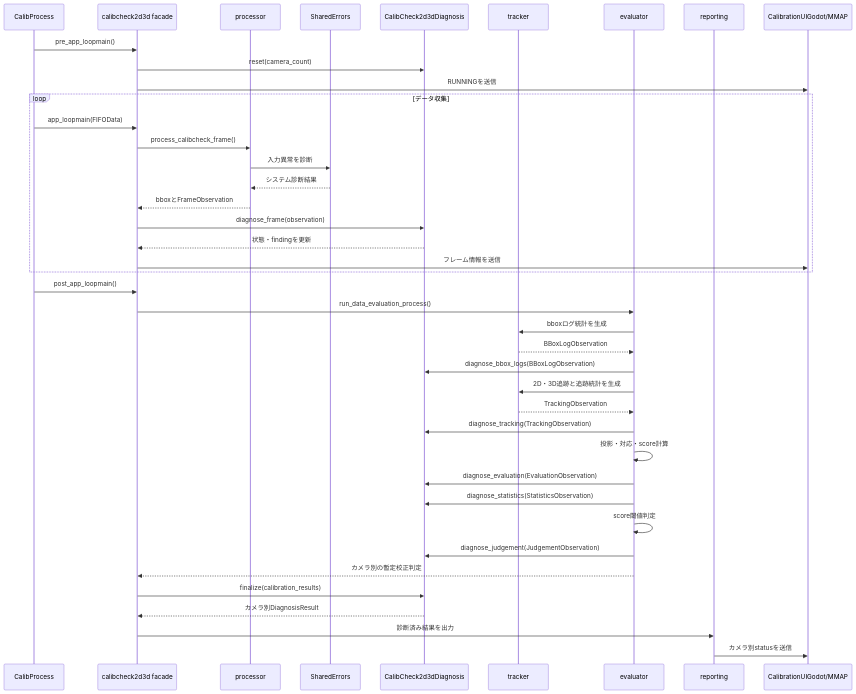
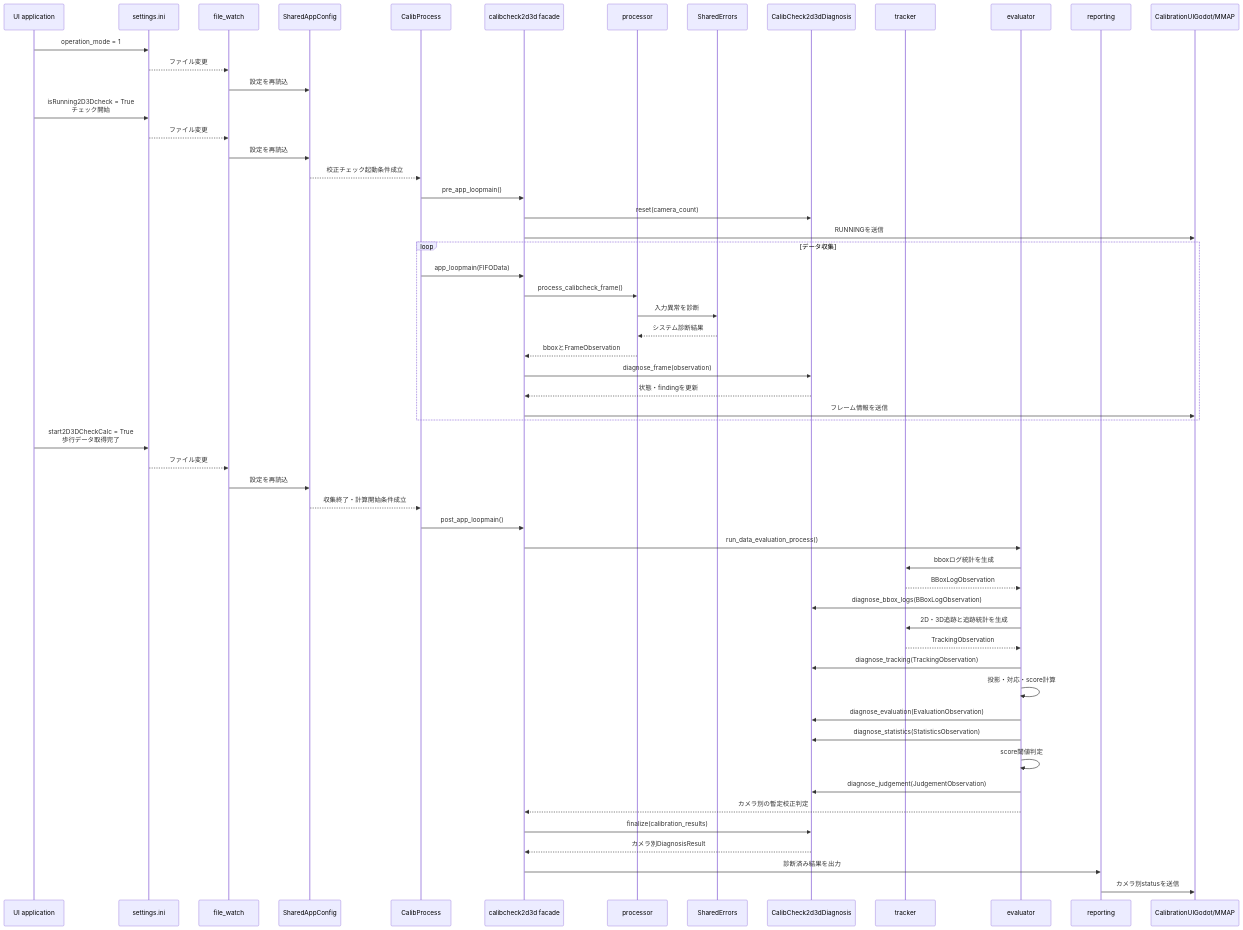
The tenth of 13 diagrams in docs/calibcheck2d3d_diagnosis_design.md (torchs52/local_calib), drawn with Mermaid before and after one commit. The commit also changed other lines of this file and 18 other files, not shown here.

````diff
--- a/docs/calibcheck2d3d_diagnosis_design.md
+++ b/docs/calibcheck2d3d_diagnosis_design.md
@@ -764,46 +782,61 @@
 ```mermaid
 sequenceDiagram
+    participant UIApp as UI application
+    participant INI as settings.ini
+    participant FW as file_watch
+    participant SAC as SharedAppConfig
     participant CP as CalibProcess
     participant CC as calibcheck2d3d facade
     participant P as processor
     participant SE as SharedErrors
     participant D as CalibCheck2d3dDiagnosis
     participant T as tracker
     participant E as evaluator
     participant R as reporting
     participant UI as CalibrationUIGodot/MMAP
 
+    UIApp->>INI: operation_mode = 1
+    INI-->>FW: ファイル変更
+    FW->>SAC: 設定を再読込
+    UIApp->>INI: isRunning2D3Dcheck = True<br/>チェック開始
+    INI-->>FW: ファイル変更
+    FW->>SAC: 設定を再読込
+    SAC-->>CP: 校正チェック起動条件成立
     CP->>CC: pre_app_loopmain()
     CC->>D: reset(camera_count)
     CC->>UI: RUNNINGを送信
 
     loop データ収集
         CP->>CC: app_loopmain(FIFOData)
         CC->>P: process_calibcheck_frame()
         P->>SE: 入力異常を診断
         SE-->>P: システム診断結果
         P-->>CC: bboxとFrameObservation
         CC->>D: diagnose_frame(observation)
         D-->>CC: 状態・findingを更新
         CC->>UI: フレーム情報を送信
     end
 
+    UIApp->>INI: start2D3DCheckCalc = True<br/>歩行データ取得完了
+    INI-->>FW: ファイル変更
+    FW->>SAC: 設定を再読込
+    SAC-->>CP: 収集終了・計算開始条件成立
     CP->>CC: post_app_loopmain()
     CC->>E: run_data_evaluation_process()
     E->>T: bboxログ統計を生成
     T-->>E: BBoxLogObservation
     E->>D: diagnose_bbox_logs(BBoxLogObservation)
     E->>T: 2D・3D追跡と追跡統計を生成
     T-->>E: TrackingObservation
     E->>D: diagnose_tracking(TrackingObservation)
     E->>E: 投影・対応・score計算
     E->>D: diagnose_evaluation(EvaluationObservation)
     E->>D: diagnose_statistics(StatisticsObservation)
     E->>E: score閾値判定
     E->>D: diagnose_judgement(JudgementObservation)
     E-->>CC: カメラ別の暫定校正判定
     CC->>D: finalize(calibration_results)
     D-->>CC: カメラ別DiagnosisResult
     CC->>R: 診断済み結果を出力
     R->>UI: カメラ別statusを送信
 ```
````
